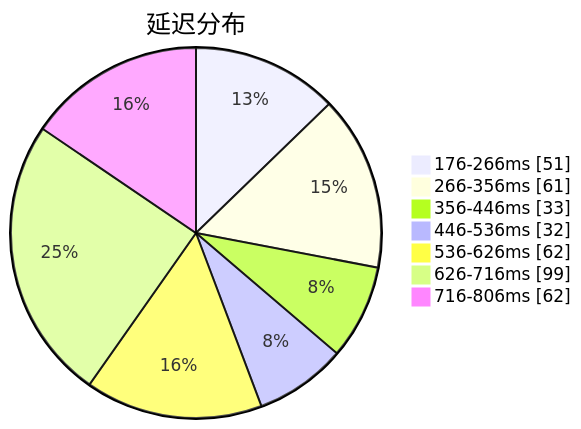
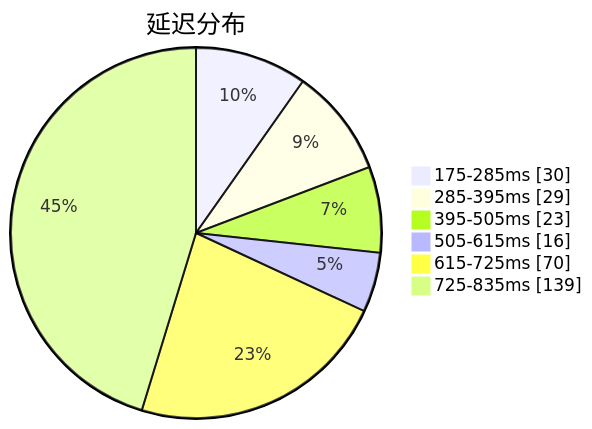
One commit to qjlxg/airport changed the first of 3 diagrams in subs/statistics/tested_within.md. Above: the diagram before and after it, drawn with Mermaid. The commit also changed other lines of this file and 2 other files, not shown here.

````diff
--- a/subs/statistics/tested_within.md
+++ b/subs/statistics/tested_within.md
@@ -2,11 +2,10 @@
 ```mermaid
 pie showData
 title 延迟分布
-"176-266ms" : 51
-"266-356ms" : 61
-"356-446ms" : 33
-"446-536ms" : 32
-"536-626ms" : 62
-"626-716ms" : 99
-"716-806ms" : 62
+"175-285ms" : 30
+"285-395ms" : 29
+"395-505ms" : 23
+"505-615ms" : 16
+"615-725ms" : 70
+"725-835ms" : 139
 ```
````
